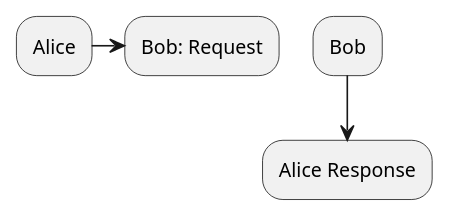
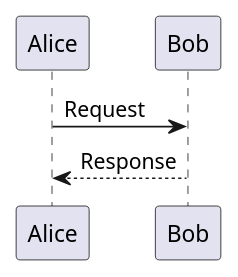
One commit to Aso2001200/2021sys-design changed the diagram in test.md. Above: the diagram before and after it, drawn with PlantUML.

````diff
--- a/test.md
+++ b/test.md
@@ -1,6 +1,6 @@
 ```uml
 @startuml
 Alice -> Bob: Request
-Bob --> Alice Response
+Bob --> Alice: Response
 @endum1
 ```
````
